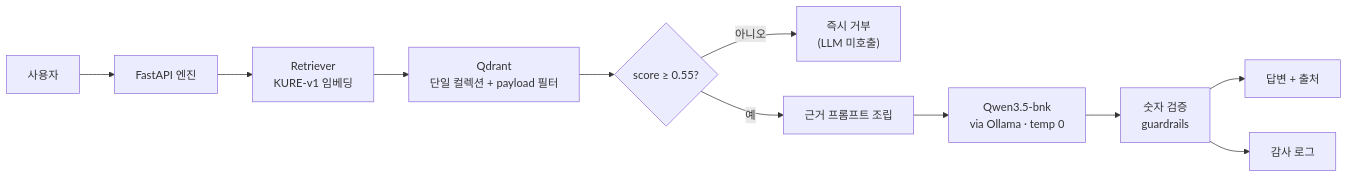
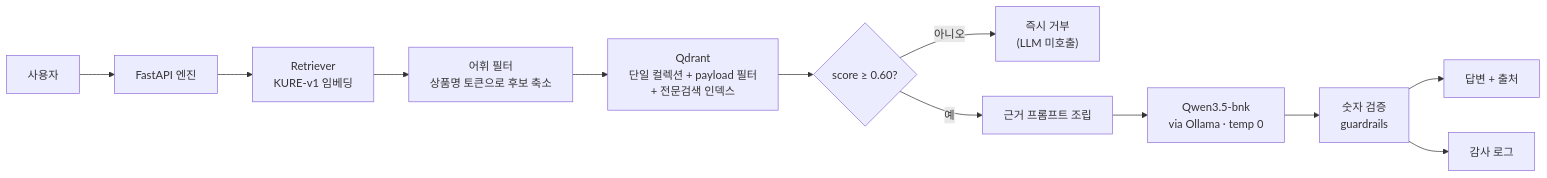
The first of 2 diagrams in README.md (BNK-InsightLab-RCB/BNK_Bot), drawn with Mermaid before and after one commit. The commit also changed other lines of this file and 17 other files, not shown here.

````diff
--- a/README.md
+++ b/README.md
@@ -218,13 +247,14 @@
 ```mermaid
 flowchart LR
     U["사용자"] --> API["FastAPI 엔진"]
     API --> RET["Retriever<br/>KURE-v1 임베딩"]
-    RET --> QD["Qdrant<br/>단일 컬렉션 + payload 필터"]
-    QD --> TH{"score ≥ 0.55?"}
+    RET --> LEX["어휘 필터<br/>상품명 토큰으로 후보 축소"]
+    LEX --> QD["Qdrant<br/>단일 컬렉션 + payload 필터<br/>+ 전문검색 인덱스"]
+    QD --> TH{"score ≥ 0.60?"}
     TH -- "아니오" --> REF["즉시 거부<br/>(LLM 미호출)"]
     TH -- "예" --> PR["근거 프롬프트 조립"]
     PR --> LLM["Qwen3.5-bnk<br/>via Ollama · temp 0"]
     LLM --> GR["숫자 검증<br/>guardrails"]
     GR --> RES["답변 + 출처"]
     GR --> AUD["감사 로그"]
 ```
````
